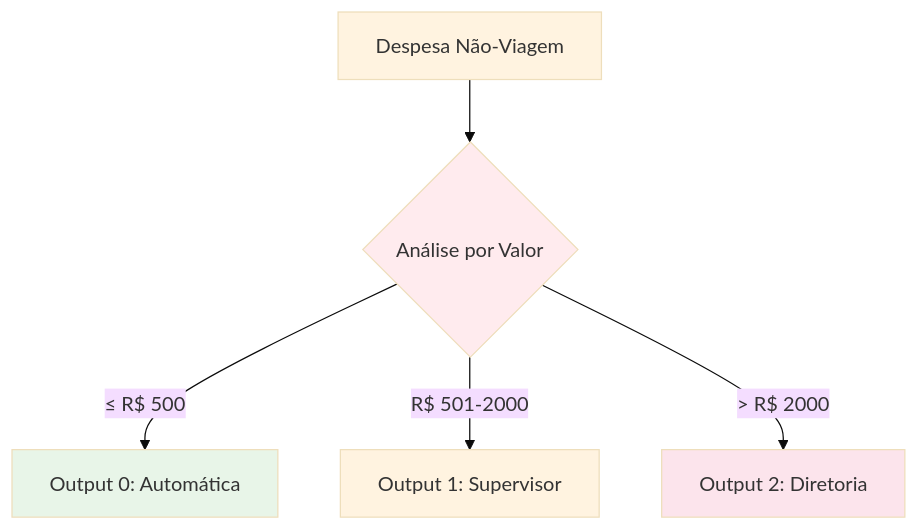
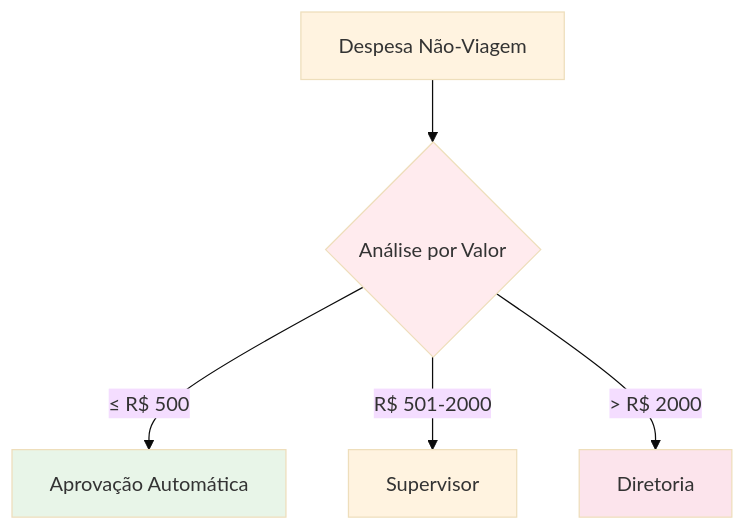
The ninth of 38 diagrams in docs/logica-e-dados/01-flow-logic/splitting.md (tatyquebralayout/n8n-Doc-PT-BR), drawn with Mermaid (base theme) before and after one commit. The commit also changed other lines of this file, not shown here.

````diff
--- a/docs/logica-e-dados/01-flow-logic/splitting.md
+++ b/docs/logica-e-dados/01-flow-logic/splitting.md
@@ -411,13 +411,13 @@
 ```mermaid
 graph TD
     A[Despesa Não-Viagem] --> B{Análise por Valor}
-    B -->|≤ R$ 500| C[Output 0: Automática]
-    B -->|R$ 501-2000| D[Output 1: Supervisor]
-    B -->|> R$ 2000| E[Output 2: Diretoria]
+    B -->|≤ R$ 500| C[Aprovação Automática]
+    B -->|R$ 501-2000| D[Supervisor]
+    B -->|> R$ 2000| E[Diretoria]
     
     style A fill:#fff3e0
     style B fill:#ffebee
     style C fill:#e8f5e8
     style D fill:#fff3e0
     style E fill:#fce4ec
 ```
````
